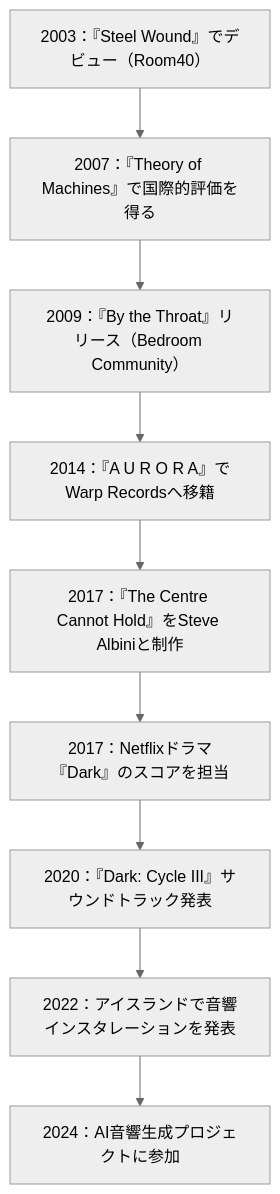
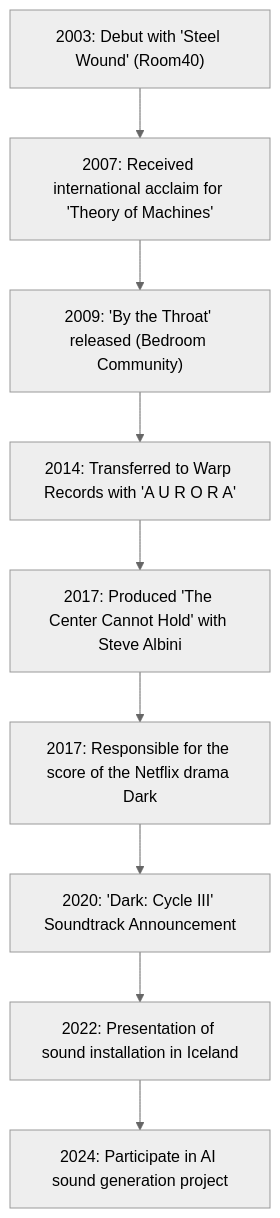
One commit to monumental-movement/monumental-movement.github.io changed the diagram in en/_posts/2025-10-11-Colum-Ben-Frost.md. Above: the diagram before and after it, drawn with Mermaid (neutral theme). The commit also changed 152 other files, not shown here.

```diff
--- a/en/_posts/2025-10-11-Colum-Ben-Frost.md
+++ b/en/_posts/2025-10-11-Colum-Ben-Frost.md
@@ -221,16 +221,16 @@
 <div class="mermaid">
 
 flowchart TD
-    A2003["2003：『Steel Wound』でデビュー（Room40）"]
-    A2007["2007：『Theory of Machines』で国際的評価を得る"]
-    A2009["2009：『By the Throat』リリース（Bedroom Community）"]
-    A2014["2014：『A U R O R A』でWarp Recordsへ移籍"]
-    A2017["2017：『The Centre Cannot Hold』をSteve Albiniと制作"]
-    A2017B["2017：Netflixドラマ『Dark』のスコアを担当"]
-    A2020["2020：『Dark: Cycle III』サウンドトラック発表"]
-    A2022["2022：アイスランドで音響インスタレーションを発表"]
-    A2024["2024：AI音響生成プロジェクトに参加"]
+    A2003["2003: Debut with 'Steel Wound' (Room40)"]
+    A2007["2007: Received international acclaim for 'Theory of Machines'"]
+    A2009["2009: 'By the Throat' released (Bedroom Community)"]
+    A2014["2014: Transferred to Warp Records with 'A U R O R A'"]
+    A2017["2017: Produced 'The Center Cannot Hold' with Steve Albini"]
+    A2017B["2017: Responsible for the score of the Netflix drama "Dark""]
+    A2020["2020: 'Dark: Cycle III' Soundtrack Announcement"]
+    A2022["2022: Presentation of sound installation in Iceland"]
+    A2024["2024: Participate in AI sound generation project"]
 
     A2003 --> A2007 --> A2009 --> A2014 --> A2017 --> A2017B --> A2020 --> A2022 --> A2024
 
 </div>
```
